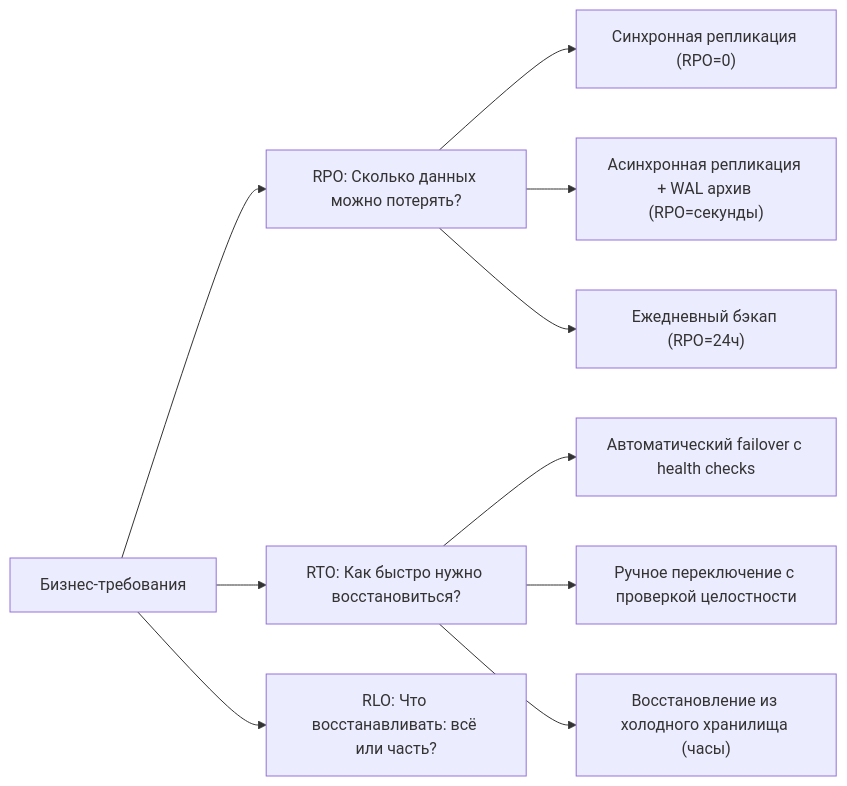
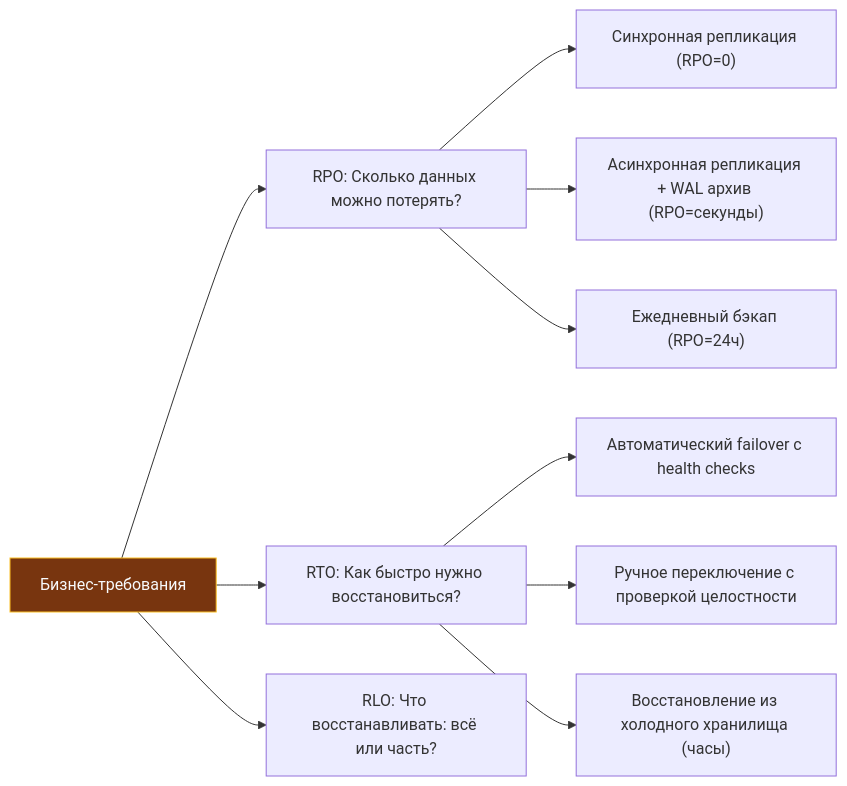
One commit to UnrealTemplier/go-textbook changed the first of 3 diagrams in sources/12. Базы данных/10. Практика и архитектура/16. Disaster recovery.md. Above: the diagram before and after it, drawn with Mermaid. The commit also changed other lines of this file and 1666 other files, not shown here.

First line of the commit message:
feat(mermaid): add semantic color classDef to 1369 colorless flowchart/graph diagrams

````diff
--- a/sources/12. Базы данных/10. Практика и архитектура/16. Disaster recovery.md
+++ b/sources/12. Базы данных/10. Практика и архитектура/16. Disaster recovery.md
@@ -33,14 +33,24 @@
 ```mermaid
 flowchart LR
-    Business["Бизнес-требования"] --> RPO["RPO: Сколько данных можно потерять?"]
+    classDef process  fill:#1e293b,stroke:#38bdf8,stroke-width:1px,color:#f8fafc
+    classDef success  fill:#064e3b,stroke:#34d399,stroke-width:1px,color:#f8fafc
+    classDef error    fill:#7f1d1d,stroke:#f87171,stroke-width:1px,color:#f8fafc
+    classDef warning  fill:#78350f,stroke:#fbbf24,stroke-width:1px,color:#f8fafc
+    classDef entry    fill:#1e3a5f,stroke:#38bdf8,stroke-width:2px,color:#f8fafc
+    classDef aux      fill:#334155,stroke:#64748b,stroke-width:1px,color:#f8fafc
+    classDef system   fill:#312e81,stroke:#a78bfa,stroke-width:1px,color:#f8fafc
+    classDef data     fill:#132d29,stroke:#2dd4bf,stroke-width:1px,color:#f8fafc
+    classDef network  fill:#881337,stroke:#fb7185,stroke-width:1px,color:#f8fafc
+    classDef accent   fill:#1e1b4b,stroke:#818cf8,stroke-width:1px,color:#f8fafc
+    Business["Бизнес-требования"]:::warning --> RPO["RPO: Сколько данных можно потерять?"]
     Business --> RTO["RTO: Как быстро нужно восстановиться?"]
     Business --> RLO["RLO: Что восстанавливать: всё или часть?"]
     
     RPO --> Strategy1["Синхронная репликация (RPO=0)"]
     RPO --> Strategy2["Асинхронная репликация + WAL архив (RPO=секунды)"]
     RPO --> Strategy3["Ежедневный бэкап (RPO=24ч)"]
     
     RTO --> Infra1["Автоматический failover с health checks"]
     RTO --> Infra2["Ручное переключение с проверкой целостности"]
     RTO --> Infra3["Восстановление из холодного хранилища (часы)"]
 ```
````
